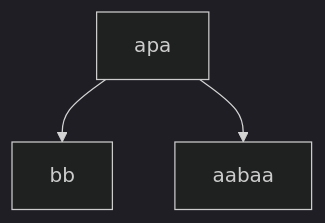
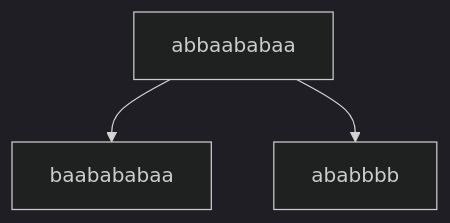
One commit to yoiviq/tfl changed the second of 2 diagrams in lab1/README.md. Above: the diagram before and after it, drawn with Mermaid (dark theme). The commit also changed other lines of this file, not shown here.

````diff
--- a/lab1/README.md
+++ b/lab1/README.md
@@ -71,5 +101,5 @@
 ```mermaid
 graph TD
-apa-->bb
-apa-->aabaa
+abbaababaa-->baabababaa
+abbaababaa-->ababbbb
 ```
````
